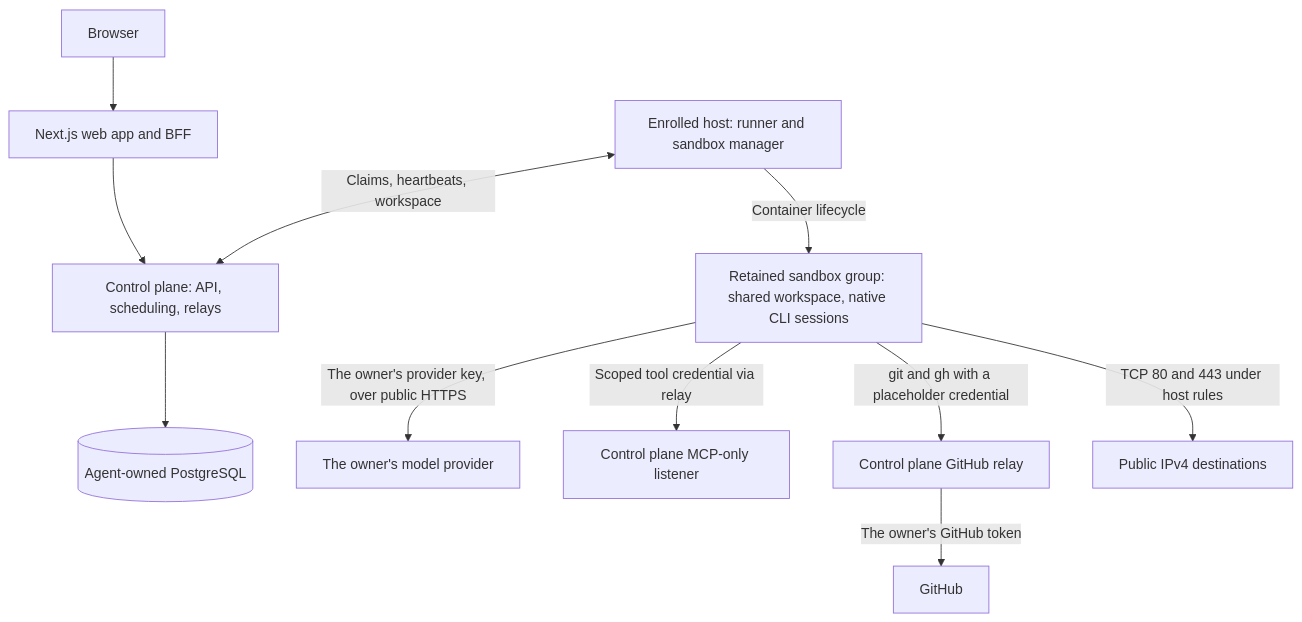
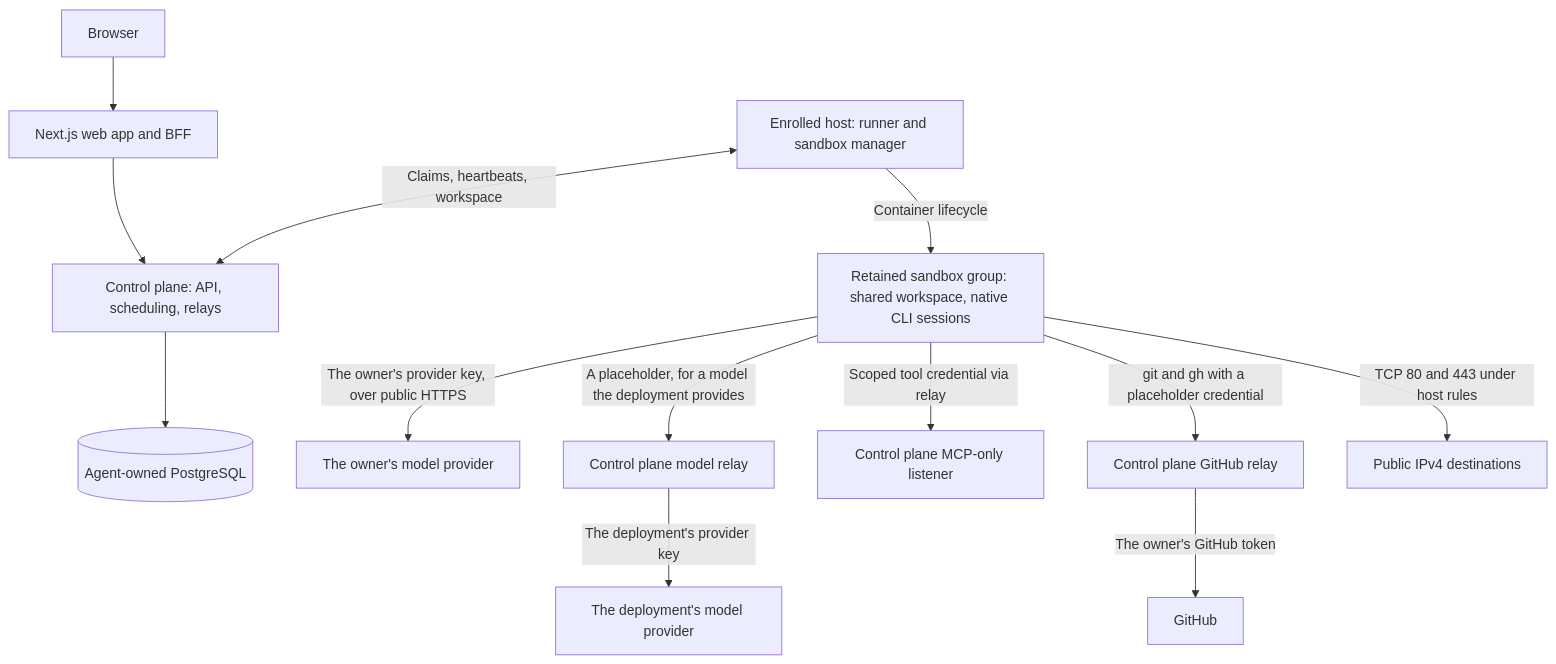
The diagram in README.md (HarvardMadSys/hybridInference-cloud-agent), drawn with Mermaid before and after one commit. The commit also changed other lines of this file and 134 other files, not shown here.

First line of the commit message:
feat(models): let a deployment provide models through a control-plane model relay (#1150)

````diff
--- a/README.md
+++ b/README.md
@@ -98,13 +98,15 @@
 ```mermaid
 flowchart TD
     Browser[Browser] --> Web[Next.js web app and BFF]
     Web --> Control[Control plane: API, scheduling, relays]
     Control --> Database[(Agent-owned PostgreSQL)]
     Host[Enrolled host: runner and sandbox manager] <-->|Claims, heartbeats, workspace| Control
     Host -->|Container lifecycle| Sandbox[Retained sandbox group: shared workspace, native CLI sessions]
     Sandbox -->|The owner's provider key, over public HTTPS| Provider[The owner's model provider]
+    Sandbox -->|A placeholder, for a model the deployment provides| ModelRelay[Control plane model relay]
+    ModelRelay -->|The deployment's provider key| Provided[The deployment's model provider]
     Sandbox -->|Scoped tool credential via relay| MCP[Control plane MCP-only listener]
     Sandbox -->|git and gh with a placeholder credential| GitHubRelay[Control plane GitHub relay]
     GitHubRelay -->|The owner's GitHub token| GitHub[GitHub]
     Sandbox -->|TCP 80 and 443 under host rules| Public[Public IPv4 destinations]
 ```
````
